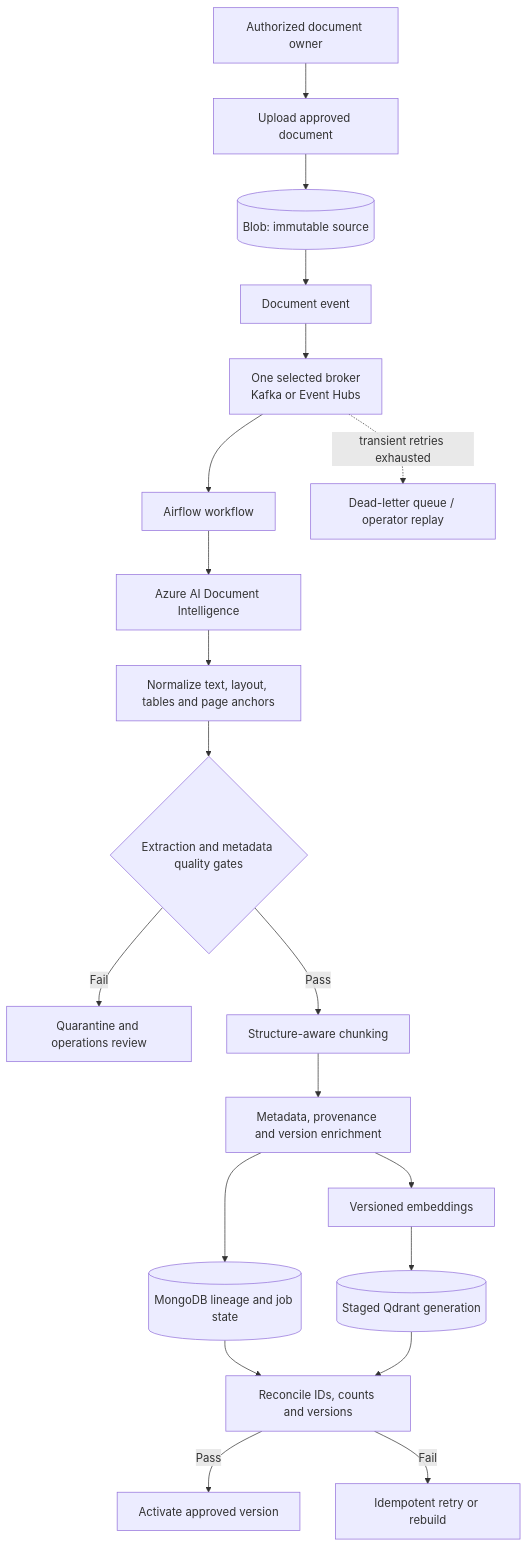
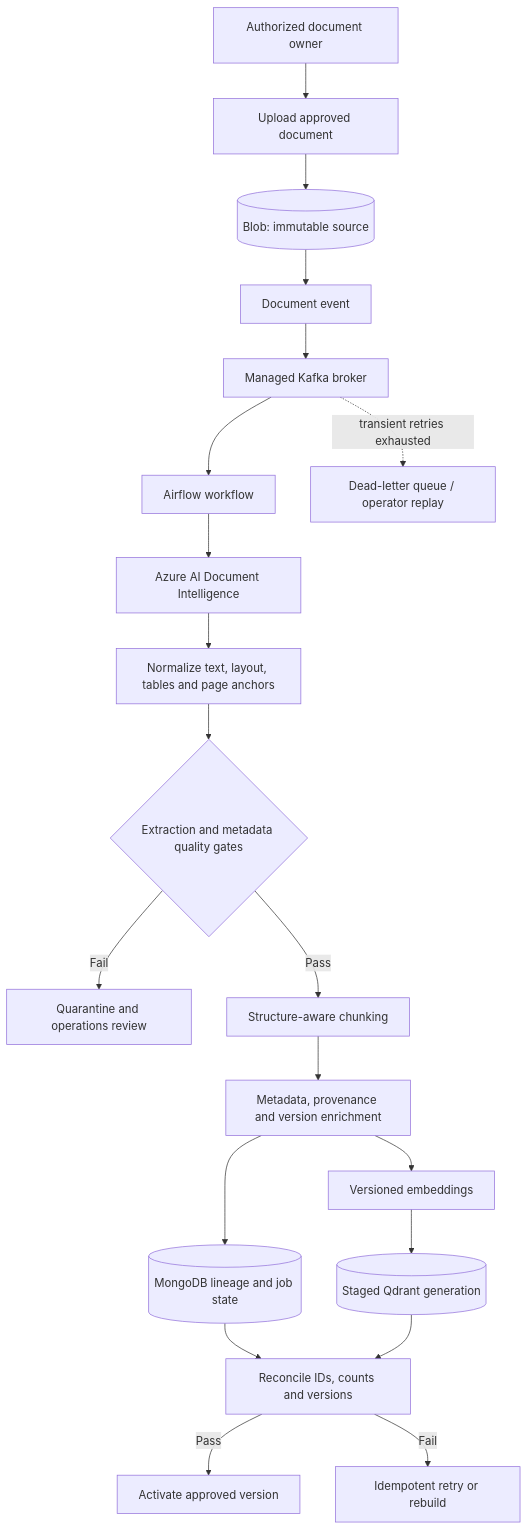
The third of 7 diagrams in rag-architecture.md (mithileshbhumca/InsuranceGenAI), drawn with Mermaid before and after one commit. The commit also changed other lines of this file and 6 other files, not shown here.

````diff
--- a/rag-architecture.md
+++ b/rag-architecture.md
@@ -229,22 +242,22 @@
 ```mermaid
 flowchart TD
     ADMIN[Authorized document owner] --> UPLOAD[Upload approved document]
     UPLOAD --> BLOB[(Blob: immutable source)]
     BLOB --> EVENT[Document event]
-    EVENT --> BROKER[One selected broker<br/>Kafka or Event Hubs]
+    EVENT --> BROKER[Managed Kafka broker]
     BROKER --> AIRFLOW[Airflow workflow]
     AIRFLOW --> DI[Azure AI Document Intelligence]
     DI --> NORMALIZE[Normalize text, layout, tables and page anchors]
     NORMALIZE --> QUALITY{Extraction and metadata quality gates}
     QUALITY -->|Fail| QUARANTINE[Quarantine and operations review]
     QUALITY -->|Pass| CHUNK[Structure-aware chunking]
     CHUNK --> META[Metadata, provenance and version enrichment]
     META --> EMBED[Versioned embeddings]
     META --> MONGO[(MongoDB lineage and job state)]
     EMBED --> QDRANT[(Staged Qdrant generation)]
     MONGO --> CHECK[Reconcile IDs, counts and versions]
     QDRANT --> CHECK
     CHECK -->|Pass| ACTIVE[Activate approved version]
     CHECK -->|Fail| REPAIR[Idempotent retry or rebuild]
     BROKER -. transient retries exhausted .-> DLQ[Dead-letter queue / operator replay]
 ```
````
